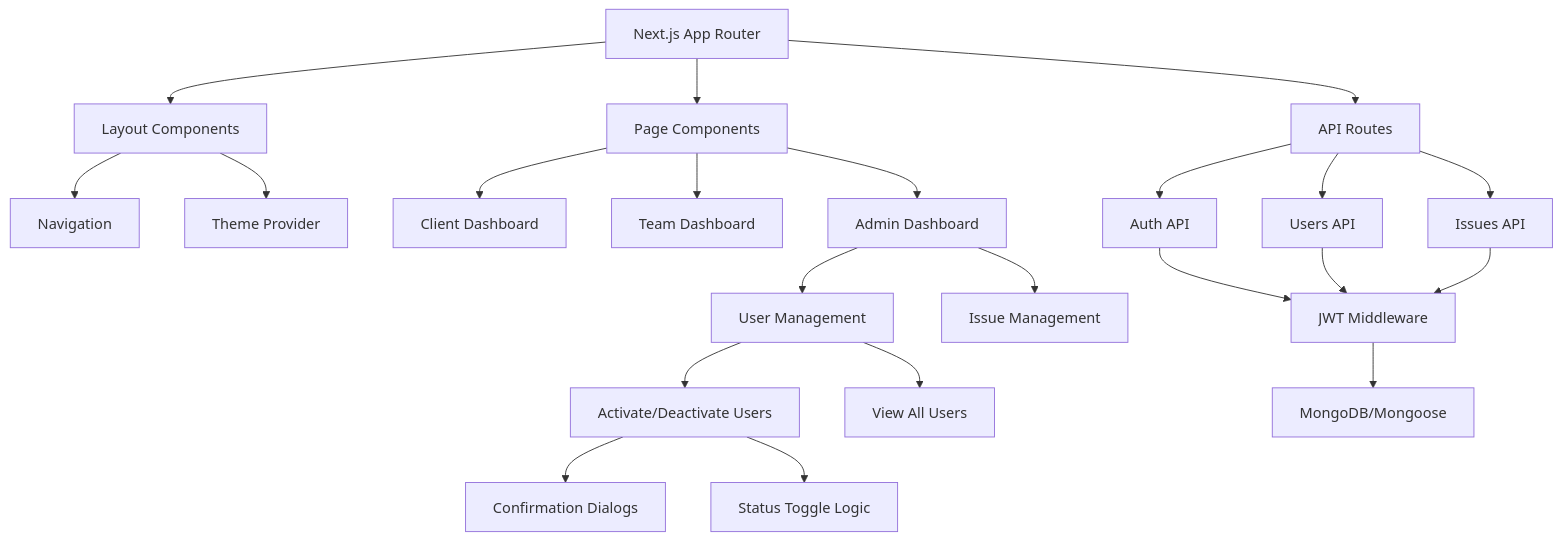
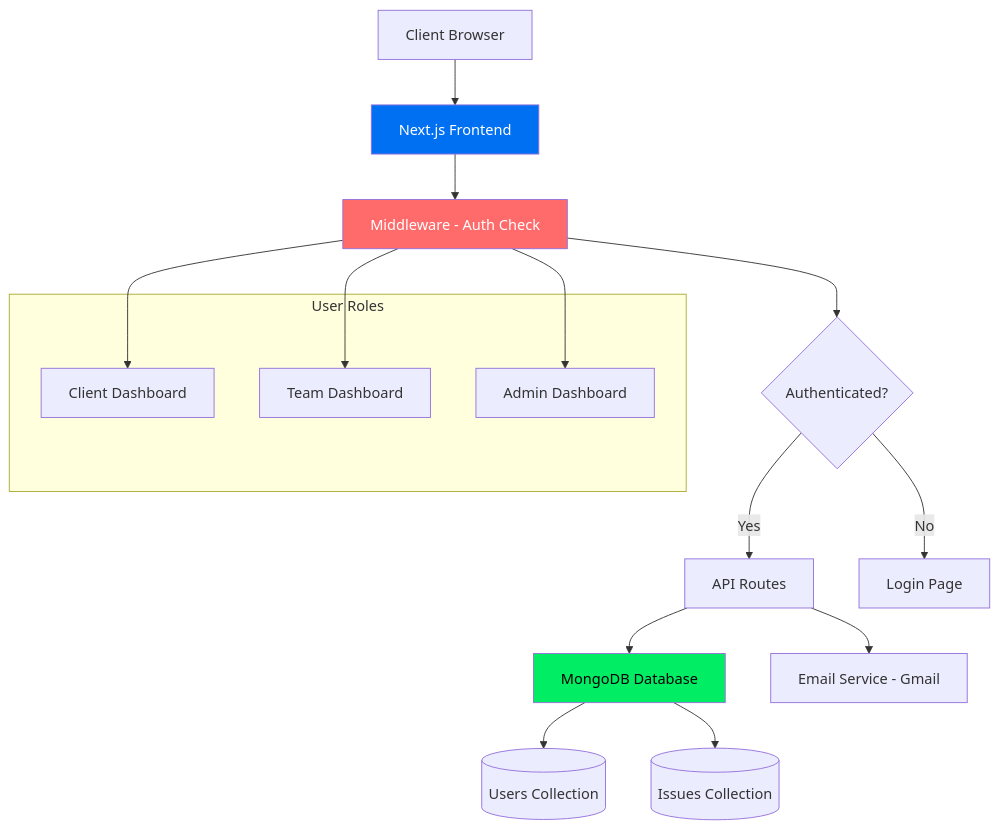
One commit to VSaini11/Issue-Tracking-web-app changed the diagram in README.md. Above: the diagram before and after it, drawn with Mermaid. The commit also changed other lines of this file and 29 other files, not shown here.

````diff
--- a/README.md
+++ b/README.md
@@ -75,32 +131,27 @@
 ```mermaid
 graph TB
-    A[Next.js App Router] --> B[Layout Components]
-    A --> C[Page Components]
-    A --> D[API Routes]
+    A[Client Browser] --> B[Next.js Frontend]
+    B --> C[Middleware - Auth Check]
+    C --> D{Authenticated?}
+    D -->|Yes| E[API Routes]
+    D -->|No| F[Login Page]
+    E --> G[MongoDB Database]
+    E --> H[Email Service - Gmail]
     
-    B --> E[Navigation]
-    B --> F[Theme Provider]
+    subgraph "User Roles"
+        I[Client Dashboard]
+        J[Team Dashboard]
+        K[Admin Dashboard]
+    end
     
-    C --> G[Client Dashboard]
-    C --> H[Team Dashboard]
-    C --> I[Admin Dashboard]
+    C --> I
+    C --> J
+    C --> K
     
-    I --> J[User Management]
-    I --> K[Issue Management]
+    G --> L[(Users Collection)]
+    G --> M[(Issues Collection)]
     
-    D --> L[Auth API]
-    D --> M[Users API]
-    D --> N[Issues API]
-    
-    L --> O[JWT Middleware]
-    M --> O
-    N --> O
-    
-    O --> P[MongoDB/Mongoose]
-    
-    J --> Q[Activate/Deactivate Users]
-    J --> R[View All Users]
-    
-    Q --> S[Confirmation Dialogs]
-    Q --> T[Status Toggle Logic]
+    style B fill:#0070f3,color:#fff
+    style G fill:#00ed64,color:#000
+    style C fill:#ff6b6b,color:#fff
 ```
````
